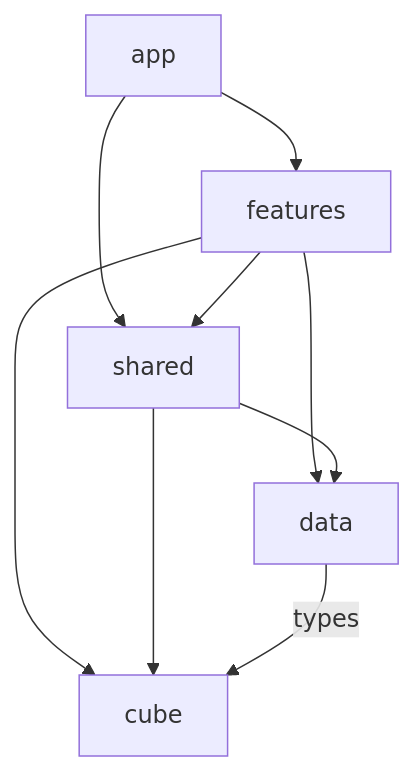
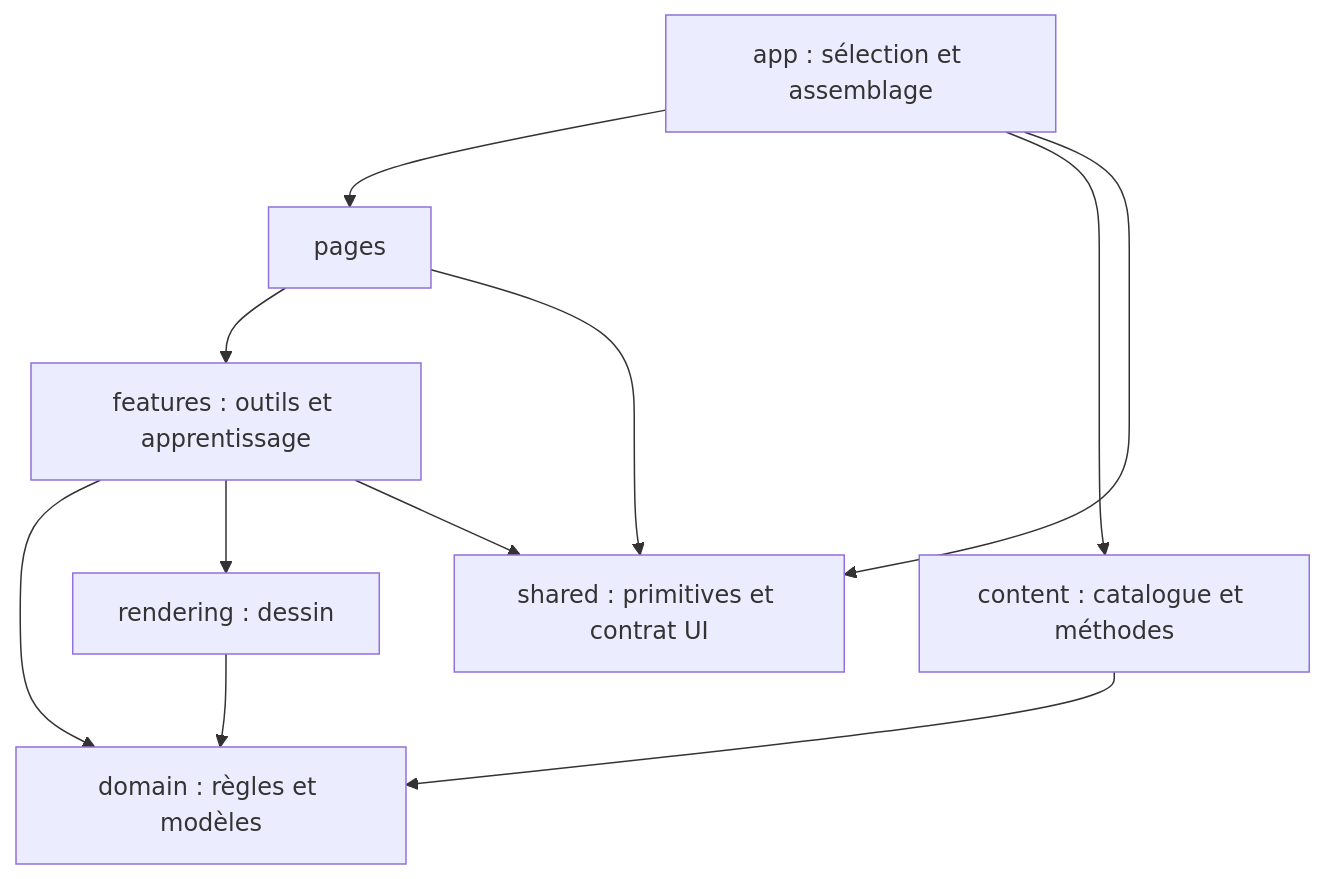
Before and after one commit to lets-cube/sub-40: the diagram in docs/ARCHITECTURE.md, drawn with Mermaid. The commit also changed other lines of this file and 114 other files, not shown here.

Commit message:
refactor: separate puzzle domain, learning content and web tools

````diff
--- a/docs/ARCHITECTURE.md
+++ b/docs/ARCHITECTURE.md
@@ -46,11 +48,13 @@
 ```mermaid
 flowchart TD
-  App[app] --> Features[features]
-  App --> Shared[shared]
+  App[app : sélection et assemblage] --> Page[pages]
+  App --> Content[content : catalogue et méthodes]
+  Page --> Features[features : outils et apprentissage]
+  Features --> Domain[domain : règles et modèles]
+  Features --> Rendering[rendering : dessin]
+  Rendering --> Domain
+  Content --> Domain
+  App --> Shared[shared : primitives et contrat UI]
+  Page --> Shared
   Features --> Shared
-  Features --> Data[data]
-  Shared --> Data
-  Features --> Cube[cube]
-  Shared --> Cube
-  Data -->|types| Cube
 ```
````
